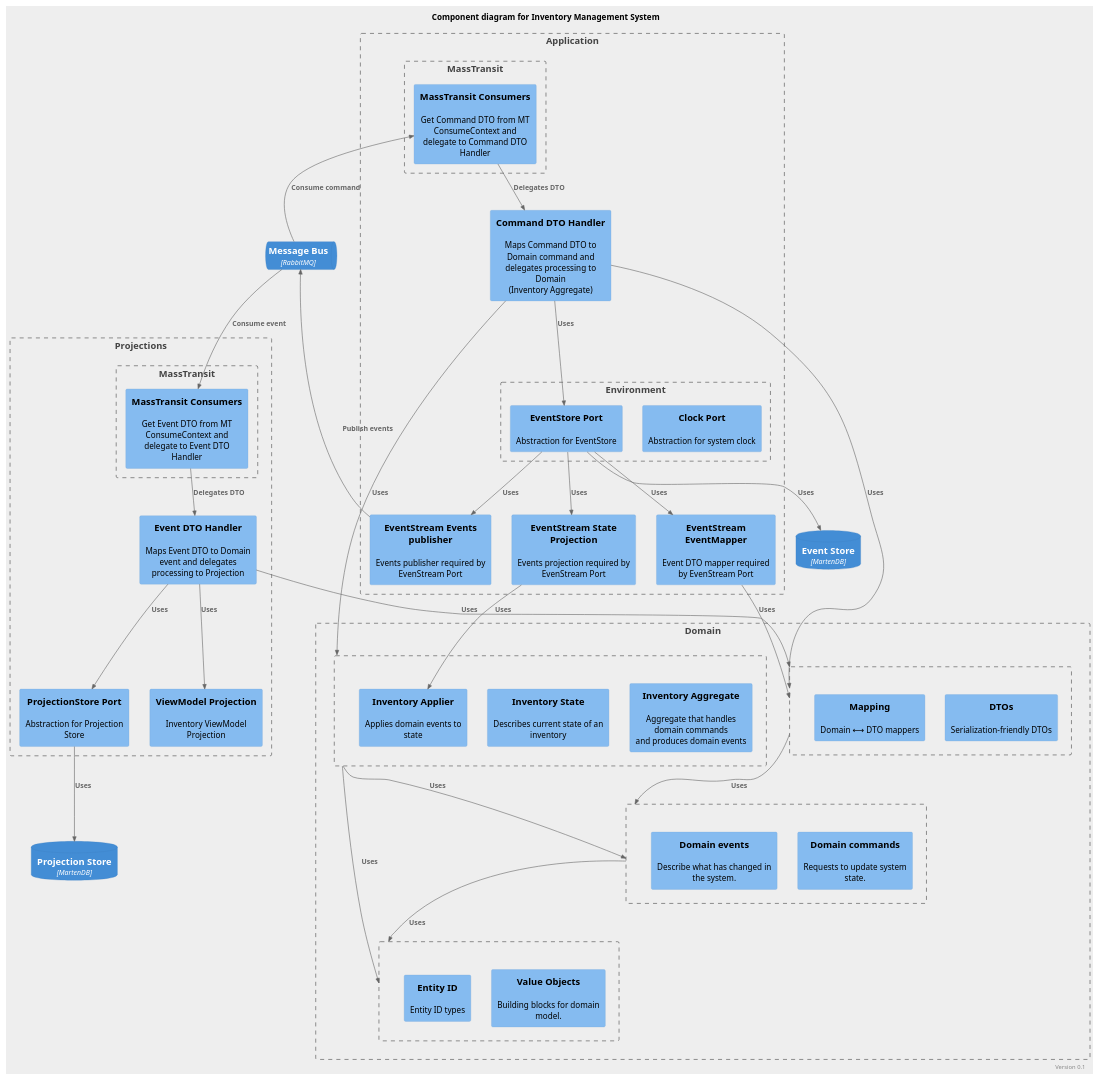
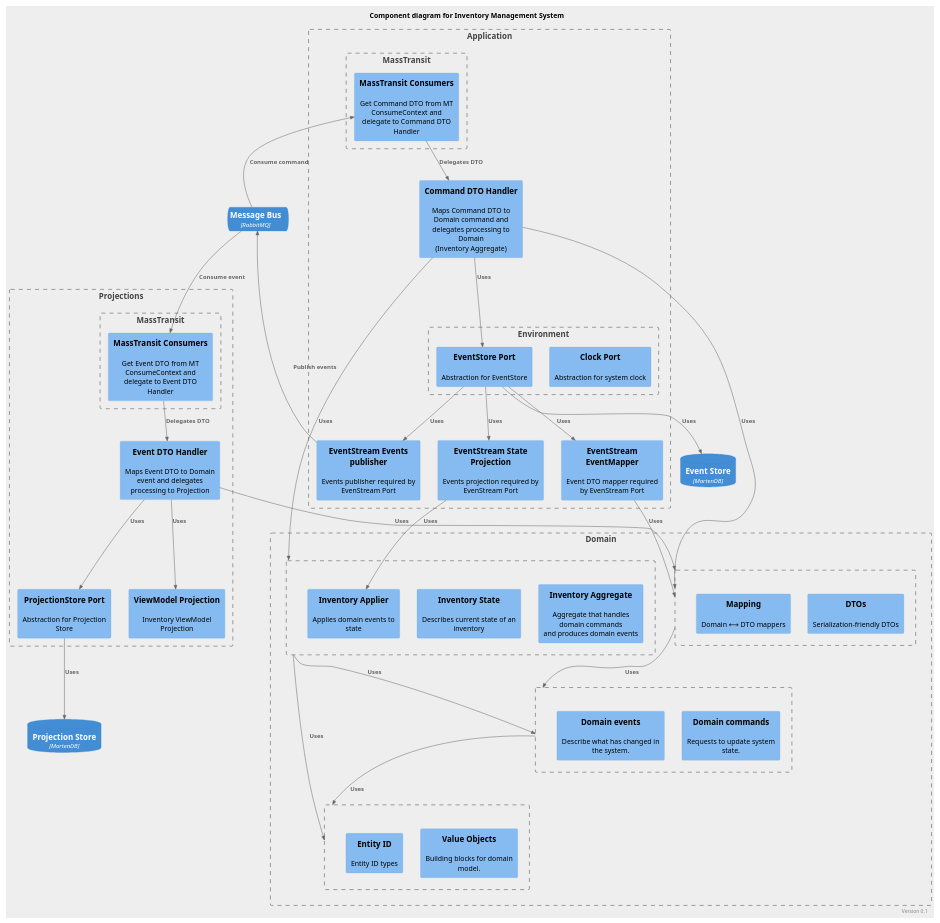
One commit to iblazhko/cqrs-fsharp changed the diagram in doc/C4/component.puml. Above: the diagram before and after it, drawn with PlantUML. The commit also changed 11 other files, not shown here.

Commit message:
Simplify C4 diagrams rendering script

```diff
--- a/doc/C4/component.puml
+++ b/doc/C4/component.puml
@@ -1,94 +1,95 @@
 @startuml Inventory System - Component
 
 !include https://raw.githubusercontent.com/plantuml-stdlib/C4-PlantUML/master/C4_Component.puml
 skinparam defaultFontName "D-DIN"
 skinparam backgroundColor #EEEEEE
+scale 1600 width
 
 LAYOUT_TOP_DOWN()
 HIDE_STEREOTYPE()
 
 title Component diagram for Inventory Management System
 right footer Version 0.1
 
 ContainerQueue(messagebus, "Message Bus", "RabbitMQ", "")
 ContainerDb(eventstore, "Event Store", "MartenDB", "")
 ContainerDb(projectionstore, "Projection Store", "MartenDB", "")
 
 Boundary(domain_boundary, "Domain") {
     Boundary(domain_building_blocks, "") {
         Component(value_objects, "Value Objects", "", "Building blocks for domain model.")
         Component(entity_id, "Entity ID", "", "Entity ID types")
     }
 
     Boundary(domain_commands_events, "") {
         Component(domain_commands, "Domain commands", "", "Requests to update system state.")
         Component(domain_events, "Domain events", "", "Describe what has changed in the system.")
     }
 
     Boundary(domain_dto, "") {
         Component(dto, "DTOs", "", "Serialization-friendly DTOs")
         Component(mapping, "Mapping", "", "Domain ⟷ DTO mappers")
     }
 
     Boundary(domain_aggregate, "") {
         Component(aggregate, "Inventory Aggregate", "", "Aggregate that handles domain commands\nand produces domain events")
         Component(aggregate_state, "Inventory State", "", "Describes current state of an inventory")
         Component(aggregate_applier, "Inventory Applier", "", "Applies domain events to state")
     }
 
     Rel(domain_aggregate, domain_building_blocks, "Uses")
     Rel(domain_commands_events, domain_building_blocks, "Uses")
     Rel(domain_dto, domain_commands_events, "Uses")
     Rel(domain_aggregate, domain_commands_events, "Uses")
 
     Lay_D(domain_aggregate, domain_building_blocks)
     Lay_D(domain_dto, domain_commands_events)
 }
 
 Boundary(application_boundary, "Application") {
     Boundary(application_env, "Environment") {
         Component(clock_port, "Clock Port", "", "Abstraction for system clock")
         Component(eventstore_port, "EventStore Port", "", "Abstraction for EventStore")
     }
 
     Boundary(application_mt, "MassTransit") {
         Component(app_mt_consumers, "MassTransit Consumers", "", "Get Command DTO from MT ConsumeContext and\ndelegate to Command DTO Handler")
         Rel(messagebus, app_mt_consumers, "Consume command")
     }
 
     Component(eventstream_event_mapper, "EventStream EventMapper", "", "Event DTO mapper required by EvenStream Port")
     Component(eventstream_state_projection, "EventStream State Projection", "", "Events projection required by EvenStream Port")
     Component(eventstream_publisher, "EventStream Events publisher", "", "Events publisher required by EvenStream Port")
     Component(command_dto_handler, "Command DTO Handler", "", "Maps Command DTO to Domain command and delegates processing to Domain\n(Inventory Aggregate)")
 
     Rel(app_mt_consumers, command_dto_handler, "Delegates DTO")
     Rel(command_dto_handler, domain_dto, "Uses")
     Rel(command_dto_handler, eventstore_port, "Uses")
     Rel(command_dto_handler, domain_aggregate, "Uses")
     Rel(eventstore_port, eventstream_event_mapper, "Uses")
     Rel(eventstream_event_mapper, domain_dto, "Uses")
     Rel(eventstore_port, eventstream_publisher, "Uses")
     Rel(eventstore_port, eventstream_state_projection, "Uses")
     Rel(eventstream_state_projection, aggregate_applier, "Uses")
     Rel(eventstore_port, eventstore, "Uses")
     Rel(eventstream_publisher, messagebus, "Publish events")
 }
 
 Boundary(projections_boundary, "Projections") {
     Boundary(projections_mt, "MassTransit") {
         Component(projections_mt_consumers, "MassTransit Consumers", "", "Get Event DTO from MT ConsumeContext and\ndelegate to Event DTO Handler")
         Rel(messagebus, projections_mt_consumers, "Consume event")
     }
 
     Component(event_dto_handler, "Event DTO Handler", "", "Maps Event DTO to Domain event and delegates processing to Projection")
     Component(projectionstore_port, "ProjectionStore Port", "", "Abstraction for Projection Store")
     Component(vm_projection, "ViewModel Projection", "", "Inventory ViewModel Projection")
 
     Rel(projections_mt_consumers, event_dto_handler, "Delegates DTO")
     Rel(event_dto_handler, domain_dto, "Uses")
     Rel(event_dto_handler, vm_projection, "Uses")
     Rel(event_dto_handler, projectionstore_port, "Uses")
     Rel(projectionstore_port, projectionstore, "Uses")
 }
 
 @enduml
```
